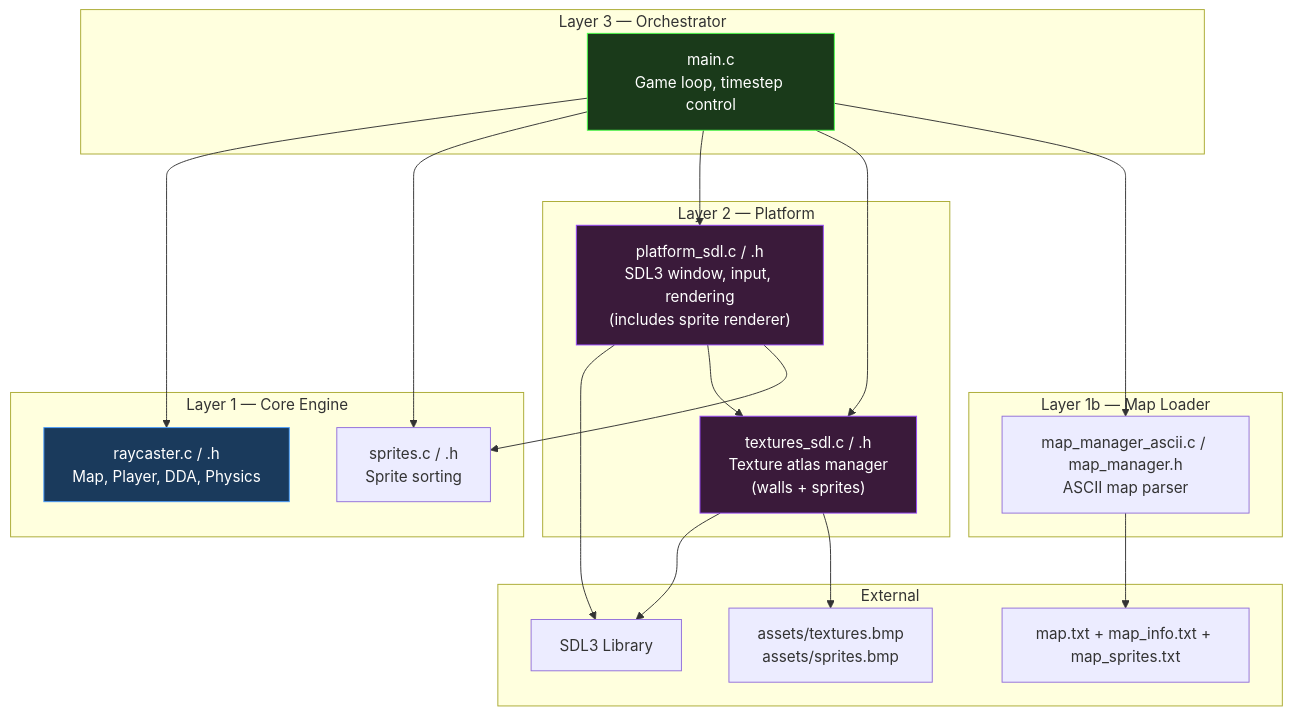
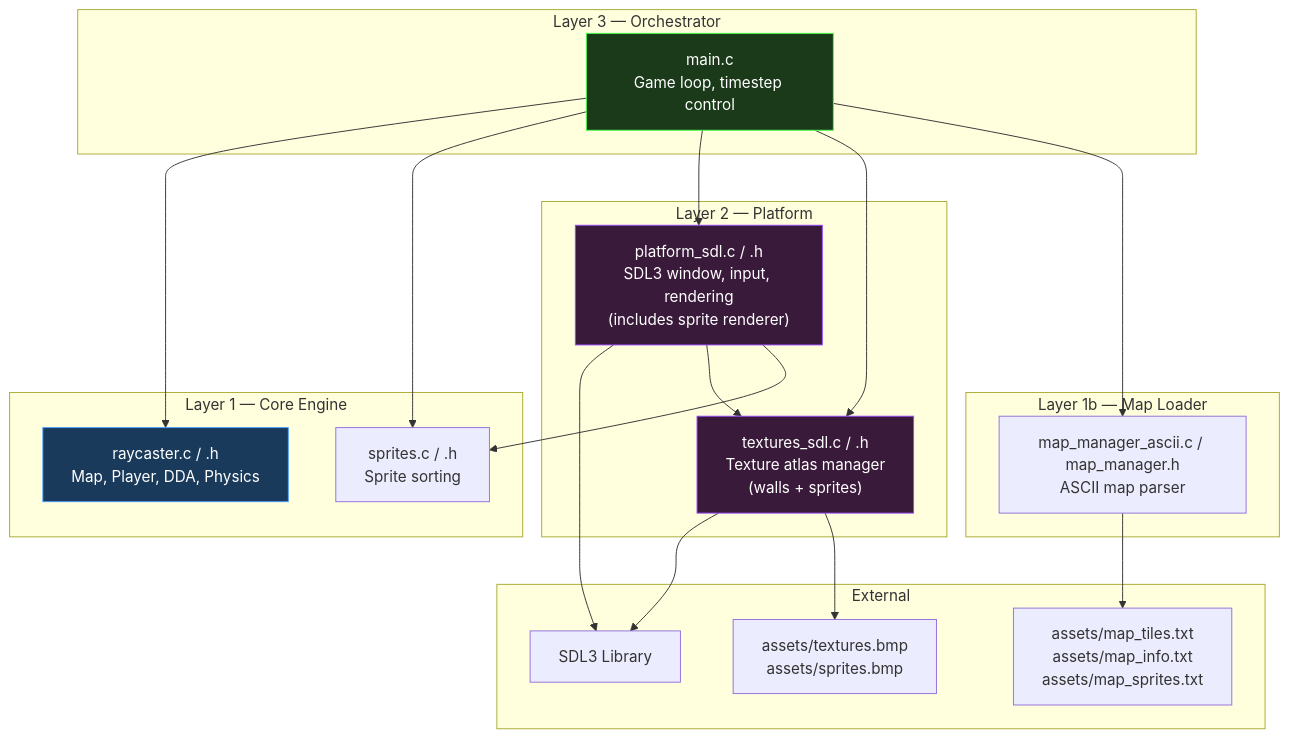
One commit to seanhodges/simple-3d-raycaster-game changed the first of 5 diagrams in docs/ARCHITECTURE.md. Above: the diagram before and after it, drawn with Mermaid. The commit also changed other lines of this file and 11 other files, not shown here.

Commit message:
Move map files into assets directory

````diff
--- a/docs/ARCHITECTURE.md
+++ b/docs/ARCHITECTURE.md
@@ -25,43 +25,43 @@
 ```mermaid
 graph TB
     subgraph "Layer 3 — Orchestrator"
         MAIN["main.c<br/>Game loop, timestep control"]
     end
 
     subgraph "Layer 1 — Core Engine"
         RC["raycaster.c / .h<br/>Map, Player, DDA, Physics"]
         SPR["sprites.c / .h<br/>Sprite sorting"]
     end
 
     subgraph "Layer 2 — Platform"
         PLAT["platform_sdl.c / .h<br/>SDL3 window, input, rendering<br/>(includes sprite renderer)"]
         TEX["textures_sdl.c / .h<br/>Texture atlas manager<br/>(walls + sprites)"]
     end
 
     subgraph "External"
         SDL3["SDL3 Library"]
-        MAP["map.txt + map_info.txt + map_sprites.txt"]
+        MAP["assets/map_tiles.txt<br/>assets/map_info.txt<br/>assets/map_sprites.txt"]
         BMP["assets/textures.bmp<br/>assets/sprites.bmp"]
     end
 
     MAIN --> RC
     MAIN --> SPR
     MAIN --> PLAT
     MAIN --> TEX
     PLAT --> SDL3
     PLAT --> TEX
     PLAT --> SPR
     TEX --> SDL3
     TEX --> BMP
     subgraph "Layer 1b — Map Loader"
         MAPMOD["map_manager_ascii.c / map_manager.h<br/>ASCII map parser"]
     end
 
     MAIN --> MAPMOD
     MAPMOD --> MAP
 
     style RC fill:#1a3a5c,stroke:#4a9eff,color:#fff
     style PLAT fill:#3a1a3a,stroke:#9a4aff,color:#fff
     style TEX fill:#3a1a3a,stroke:#9a4aff,color:#fff
     style MAIN fill:#1a3a1a,stroke:#4aff4a,color:#fff
 ```
````
